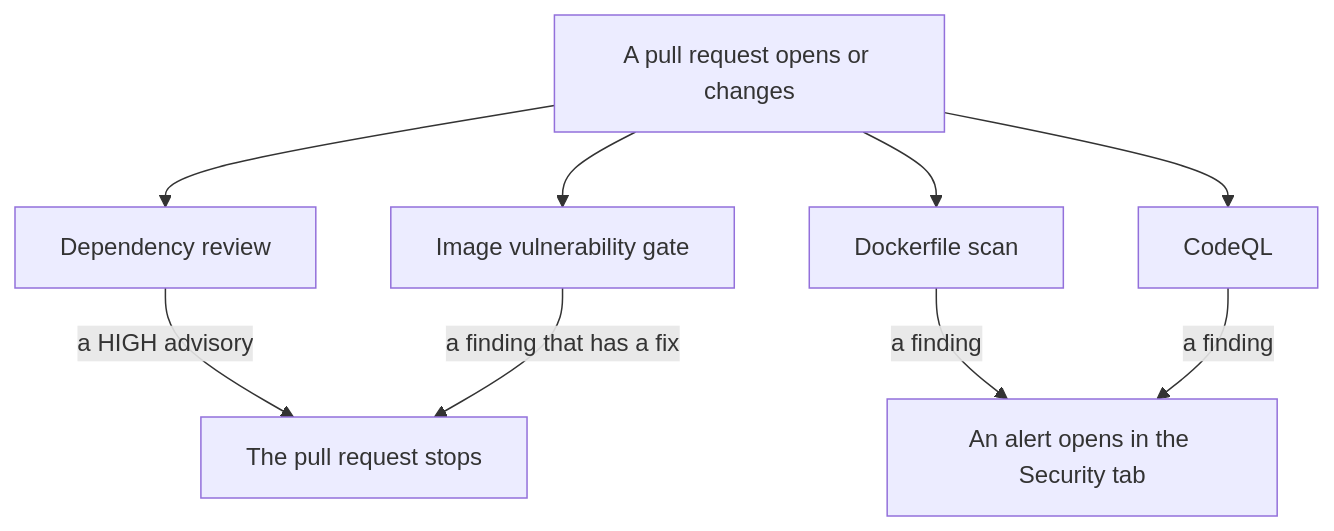
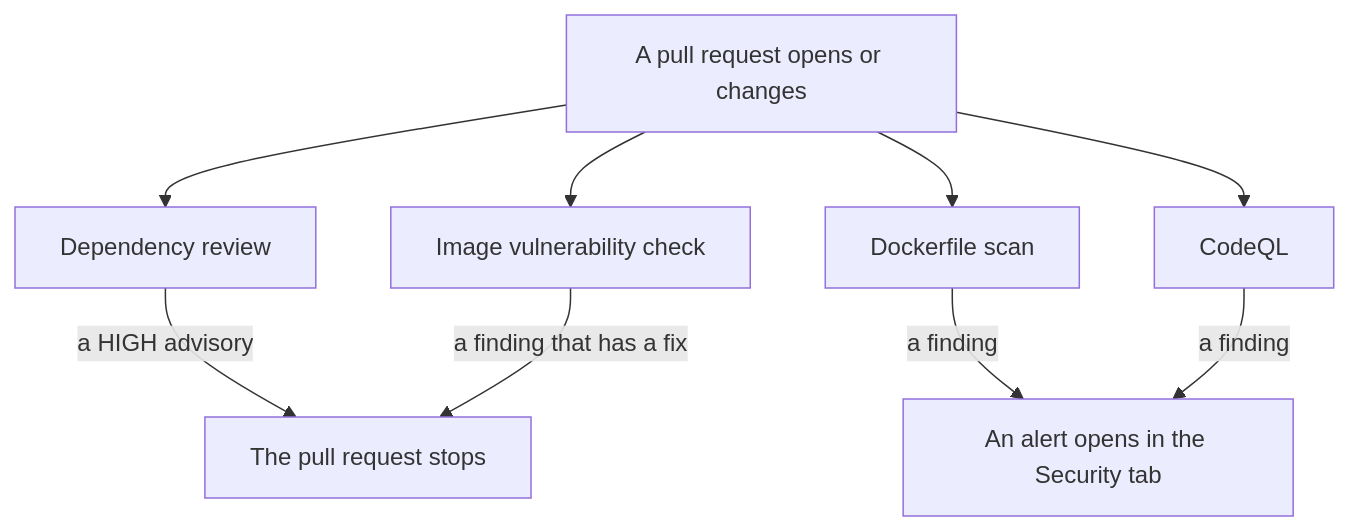
Before and after one commit to Unique-AG/connectors: the second of 6 diagrams in SECURITY-PROCESS.md, drawn with Mermaid. The commit also changed other lines of this file, not shown here.

First line of the commit message:
docs(main): disambiguate check/gate/GitHub Actions, add the severity threshold

````diff
--- a/SECURITY-PROCESS.md
+++ b/SECURITY-PROCESS.md
@@ -43,12 +43,12 @@
 ```mermaid
 flowchart TD
   pr[A pull request opens or changes] --> deps[Dependency review]
-  pr --> gate[Image vulnerability gate]
+  pr --> gate[Image vulnerability check]
   pr --> docker[Dockerfile scan]
   pr --> codeql[CodeQL]
 
   deps -->|a HIGH advisory| stop[The pull request stops]
   gate -->|a finding that has a fix| stop
   docker -->|a finding| alert[An alert opens in the Security tab]
   codeql -->|a finding| alert
 ```
````
